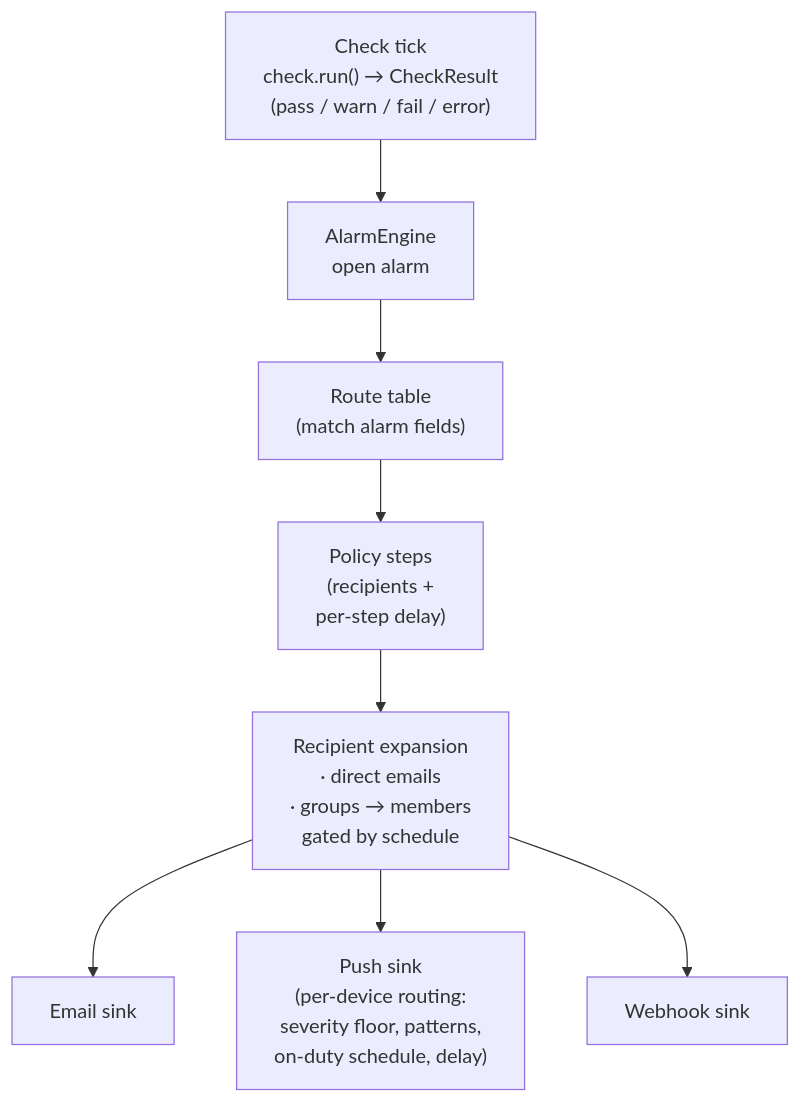
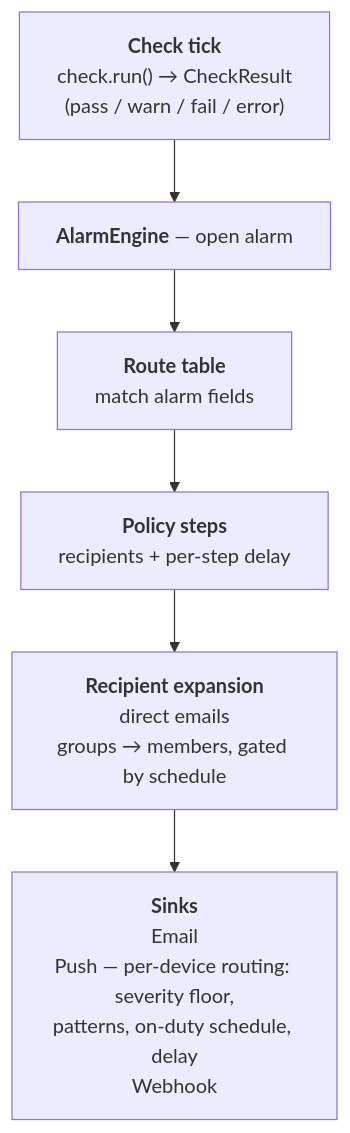
Before and after one commit to jkmesches/AQPI-Sentinel: the diagram in docs/03-administration.md, drawn with Mermaid. The commit also changed 7 other files, not shown here.

````diff
--- a/docs/03-administration.md
+++ b/docs/03-administration.md
@@ -22,14 +22,11 @@
 ```mermaid
 flowchart TB
-    tick["Check tick<br/>check.run() → CheckResult<br/>(pass / warn / fail / error)"]
-    engine["AlarmEngine<br/>open alarm"]
-    route["Route table<br/>(match alarm fields)"]
-    policy["Policy steps<br/>(recipients +<br/>per-step delay)"]
-    expand["Recipient expansion<br/>· direct emails<br/>· groups → members<br/>  gated by schedule"]
-    email["Email sink"]
-    push["Push sink<br/>(per-device routing:<br/>severity floor, patterns,<br/>on-duty schedule, delay)"]
-    webhook["Webhook sink"]
+    tick["<b>Check tick</b><br/>check.run() → CheckResult<br/>(pass / warn / fail / error)"]
+    engine["<b>AlarmEngine</b> — open alarm"]
+    route["<b>Route table</b><br/>match alarm fields"]
+    policy["<b>Policy steps</b><br/>recipients + per-step delay"]
+    expand["<b>Recipient expansion</b><br/>direct emails<br/>groups → members, gated by schedule"]
+    sinks["<b>Sinks</b><br/>Email<br/>Push — per-device routing: severity floor,<br/>patterns, on-duty schedule, delay<br/>Webhook"]
 
-    tick --> engine --> route --> policy --> expand
-    expand --> email & push & webhook
+    tick --> engine --> route --> policy --> expand --> sinks
 ```
````
